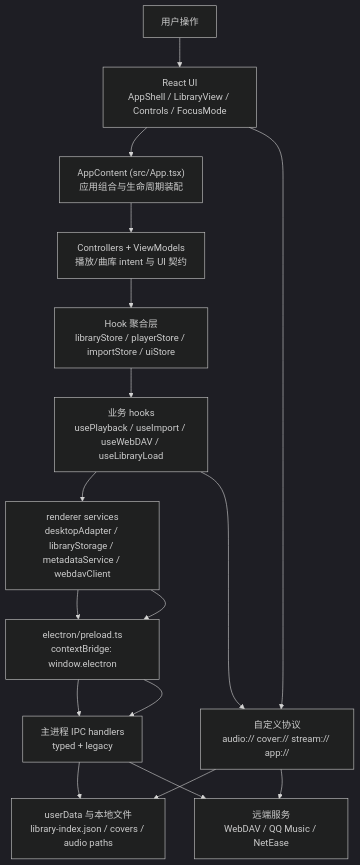
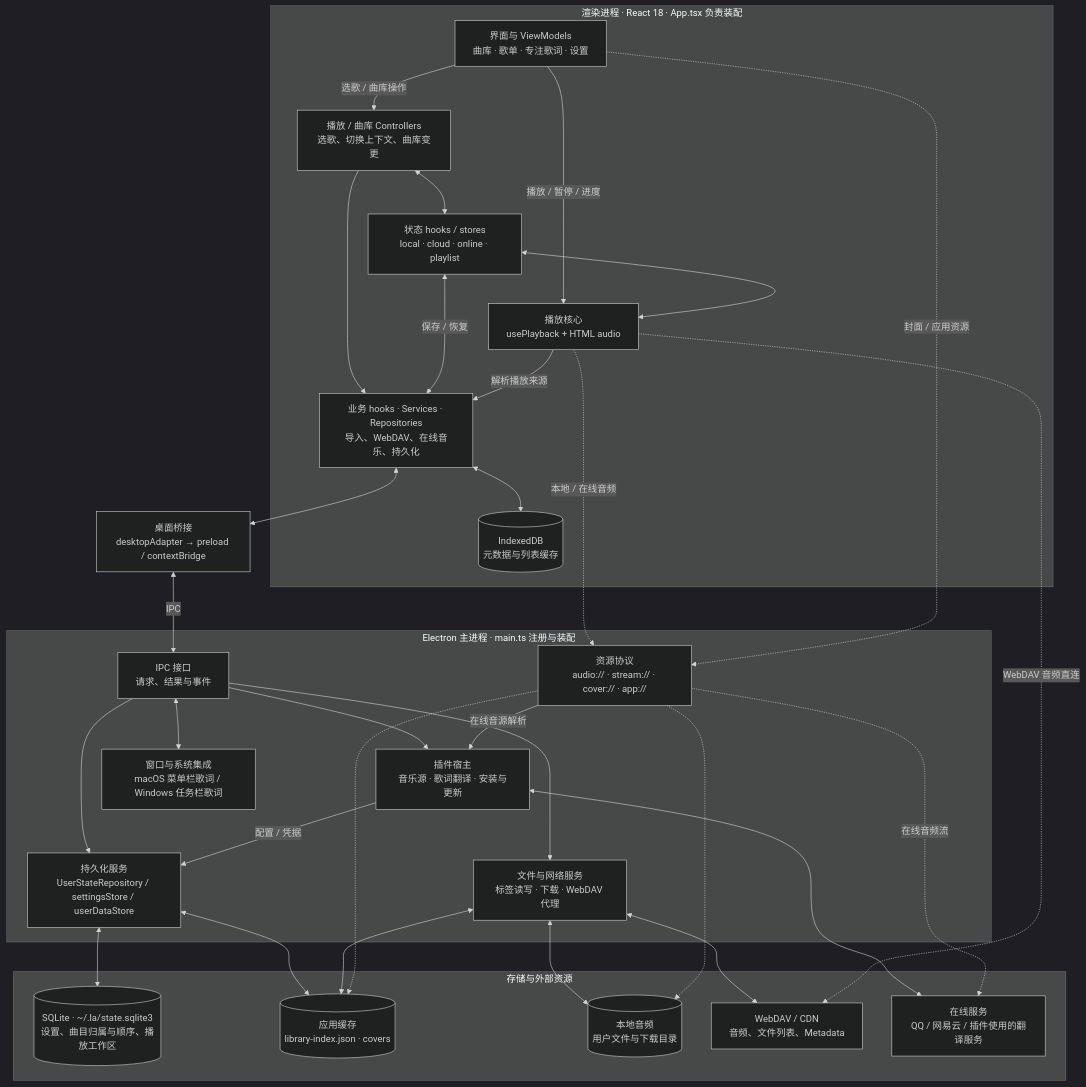
One commit to xwsjjctz/LyricsAdapter changed the diagram in docs/architecture/overview.md. Above: the diagram before and after it, drawn with Mermaid (dark theme). The commit also changed other lines of this file and 3 other files, not shown here.

````diff
--- a/docs/architecture/overview.md
+++ b/docs/architecture/overview.md
@@ -9,24 +11,62 @@
 ```mermaid
-flowchart TD
-  User["用户操作"]
-  UI["React UI\nAppShell / LibraryView / Controls / FocusMode"]
-  Workspace["AppContent (src/App.tsx)\n应用组合与生命周期装配"]
-  Controllers["Controllers + ViewModels\n播放/曲库 intent 与 UI 契约"]
-  Stores["Hook 聚合层\nlibraryStore / playerStore / importStore / uiStore"]
-  Hooks["业务 hooks\nusePlayback / useImport / useWebDAV / useLibraryLoad"]
-  Services["renderer services\ndesktopAdapter / libraryStorage / metadataService / webdavClient"]
-  Preload["electron/preload.ts\ncontextBridge: window.electron"]
-  IPC["主进程 IPC handlers\ntyped + legacy"]
-  Protocols["自定义协议\naudio:// cover:// stream:// app://"]
-  FS["userData 与本地文件\nlibrary-index.json / covers / audio paths"]
-  Remote["远端服务\nWebDAV / QQ Music / NetEase"]
+flowchart TB
+  subgraph Renderer["渲染进程 · React 18 · App.tsx 负责装配"]
+    UI["界面与 ViewModels<br/>曲库 · 歌单 · 专注歌词 · 设置"]
+    Controllers["播放 / 曲库 Controllers<br/>选歌、切换上下文、曲库变更"]
+    State["状态 hooks / stores<br/>local · cloud · online · playlist"]
+    Playback["播放核心<br/>usePlayback + HTML audio"]
+    Services["业务 hooks · Services · Repositories<br/>导入、WebDAV、在线音乐、持久化"]
+    IDB[("IndexedDB<br/>元数据与列表缓存")]
 
-  User --> UI --> Workspace
-  Workspace --> Controllers --> Stores --> Hooks --> Services
-  Services --> Preload --> IPC --> FS
-  Services --> Preload --> IPC --> Remote
-  UI --> Protocols
-  Hooks --> Protocols
-  Protocols --> FS
-  Protocols --> Remote
+    UI -->|"选歌 / 曲库操作"| Controllers
+    UI -->|"播放 / 暂停 / 进度"| Playback
+    Controllers <--> State
+    State <--> Playback
+    Controllers --> Services
+    State <-->|"保存 / 恢复"| Services
+    Playback -->|"解析播放来源"| Services
+    Services <--> IDB
+  end
+
+  Bridge["桌面桥接<br/>desktopAdapter → preload / contextBridge"]
+
+  subgraph Main["Electron 主进程 · main.ts 注册与装配"]
+    IPC["IPC 接口<br/>请求、结果与事件"]
+    IO["文件与网络服务<br/>标签读写 · 下载 · WebDAV 代理"]
+    Plugins["插件宿主<br/>音乐源 · 歌词翻译 · 安装与更新"]
+    Persistence["持久化服务<br/>UserStateRepository / settingsStore / userDataStore"]
+    Native["窗口与系统集成<br/>macOS 菜单栏歌词 / Windows 任务栏歌词"]
+    Protocols["资源协议<br/>audio:// · stream:// · cover:// · app://"]
+
+    IPC --> IO
+    IPC --> Plugins
+    IPC --> Persistence
+    IPC <--> Native
+    Protocols -->|"在线音源解析"| Plugins
+    Plugins -->|"配置 / 凭据"| Persistence
+  end
+
+  subgraph Resources["存储与外部资源"]
+    DB[("SQLite · ~/.la/state.sqlite3<br/>设置、曲目归属与顺序、播放工作区")]
+    Cache[("应用缓存<br/>library-index.json · covers")]
+    Files[("本地音频<br/>用户文件与下载目录")]
+    WebDAV["WebDAV / CDN<br/>音频、文件列表、Metadata"]
+    Online["在线服务<br/>QQ / 网易云 / 插件使用的翻译服务"]
+  end
+
+  Services <--> Bridge
+  Bridge <-->|"IPC"| IPC
+  Persistence <--> DB
+  Persistence <--> Cache
+  IO <--> Files
+  IO <--> Cache
+  IO <--> WebDAV
+  Plugins <--> Online
+
+  Playback -.->|"本地 / 在线音频"| Protocols
+  Playback -.->|"WebDAV 音频直连"| WebDAV
+  UI -.->|"封面 / 应用资源"| Protocols
+  Protocols -.-> Files
+  Protocols -.-> Cache
+  Protocols -.->|"在线音频流"| Online
 ```
````
